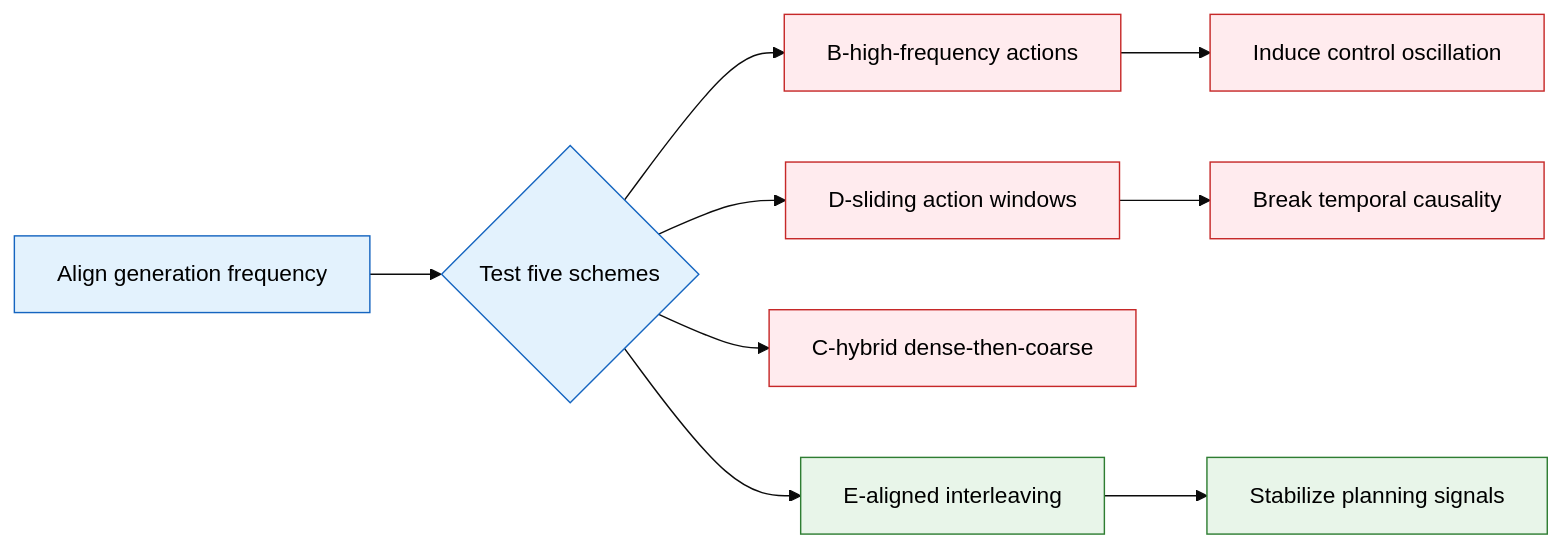
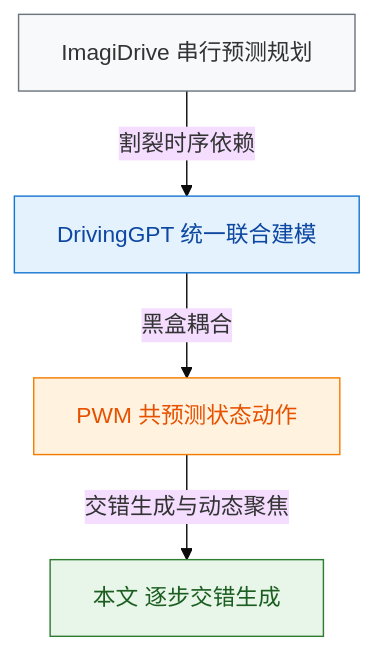
One commit to ShinewineW/paper-rolling changed the sixth of 10 diagrams in person_vault/2026-06-13_UniWorldVLAInterleavedWorldModelingAndPlanningForAD_2603.27287/report.md. Above: the diagram before and after it, drawn with Mermaid (base theme). The commit also changed other lines of this file and 5 other files, not shown here.

````diff
--- a/person_vault/2026-06-13_UniWorldVLAInterleavedWorldModelingAndPlanningForAD_2603.27287/report.md
+++ b/person_vault/2026-06-13_UniWorldVLAInterleavedWorldModelingAndPlanningForAD_2603.27287/report.md
@@ -303,15 +432,16 @@
 ```mermaid
-flowchart LR
-  classDef scheme fill:#e3f2fd,color:#000,stroke:#1565c0
-  classDef degrade fill:#ffebee,color:#000,stroke:#c62828
-  classDef optimal fill:#e8f5e9,color:#000,stroke:#2e7d32
+flowchart TB
+  classDef legacy fill:#f8f9fa,stroke:#6c757d,color:#333
+  classDef unified fill:#e3f2fd,stroke:#1976d2,color:#0d47a1
+  classDef proposed fill:#e8f5e9,stroke:#2e7d32,color:#1b5e20
+  classDef data fill:#fff3e0,stroke:#f57c00,color:#e65100
 
-  freq_align["Align generation frequency"]:::scheme --> eval_scheme{Test five schemes}:::scheme
-  eval_scheme --> dense_gen["B-high-frequency actions"]:::degrade
-  eval_scheme --> slide_win["D-sliding action windows"]:::degrade
-  eval_scheme --> hybrid_mix["C-hybrid dense-then-coarse"]:::degrade
-  eval_scheme --> strict_inter["E-aligned interleaving"]:::optimal
-  dense_gen --> cause_oscillation["Induce control oscillation"]:::degrade
-  slide_win --> break_causality["Break temporal causality"]:::degrade
-  strict_inter --> stabilize_planning["Stabilize planning signals"]:::optimal
+  predict_then_plan["ImagiDrive 串行预测规划"]:::legacy
+  unified_model["DrivingGPT 统一联合建模"]:::unified
+  pwm_init["PWM 共预测状态动作"]:::data
+  interleaved_gen["本文 逐步交错生成"]:::proposed
+
+  predict_then_plan -->|割裂时序依赖| unified_model
+  unified_model -->|黑盒耦合| pwm_init
+  pwm_init -->|交错生成与动态聚焦| interleaved_gen
 ```
````
